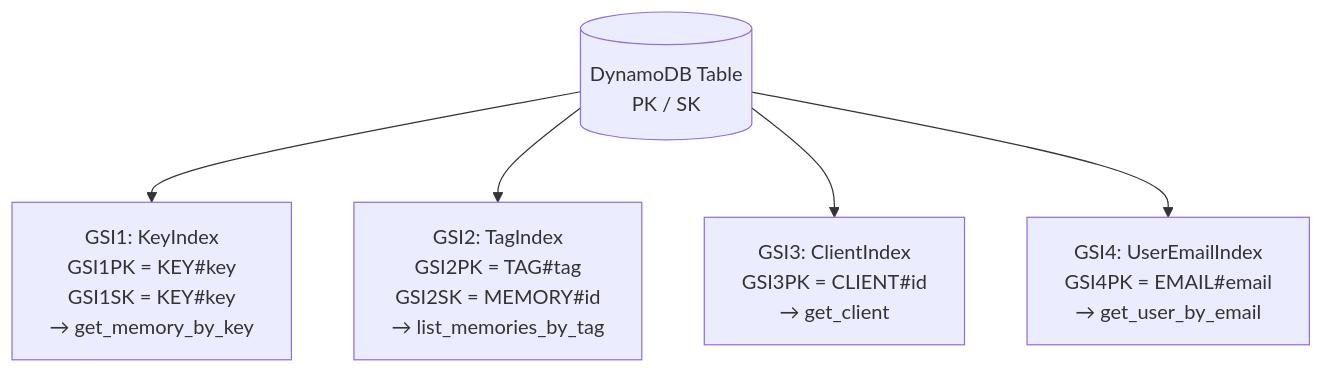
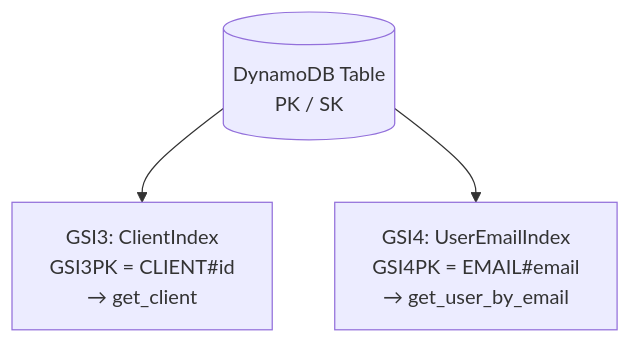
Before and after one commit to warlordofmars/agentcore-starter: the fourth of 5 diagrams in docs/architecture.md, drawn with Mermaid. The commit also changed other lines of this file and 11 other files, not shown here.

````diff
--- a/docs/architecture.md
+++ b/docs/architecture.md
@@ -252,9 +152,7 @@
 ```mermaid
 graph TD
     T[(DynamoDB Table<br/>PK / SK)]
 
-    T --> G1[GSI1: KeyIndex<br/>GSI1PK = KEY#key<br/>GSI1SK = KEY#key<br/>→ get_memory_by_key]
-    T --> G2[GSI2: TagIndex<br/>GSI2PK = TAG#tag<br/>GSI2SK = MEMORY#id<br/>→ list_memories_by_tag]
     T --> G3[GSI3: ClientIndex<br/>GSI3PK = CLIENT#id<br/>→ get_client]
     T --> G4[GSI4: UserEmailIndex<br/>GSI4PK = EMAIL#email<br/>→ get_user_by_email]
 ```
````
